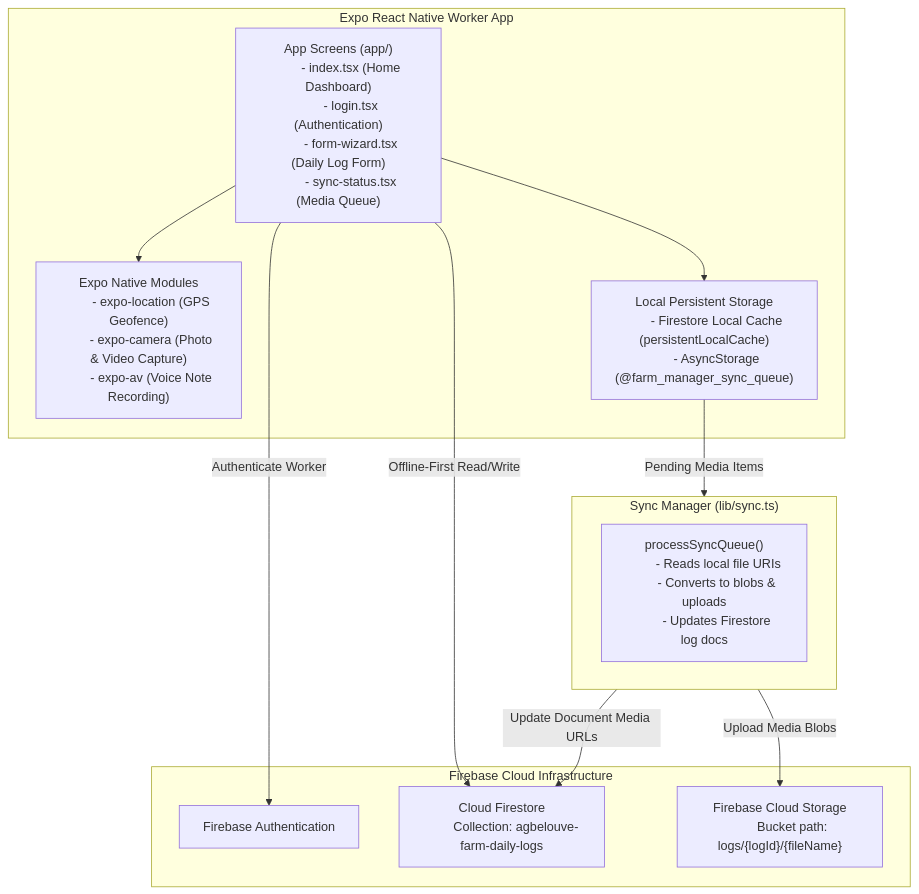
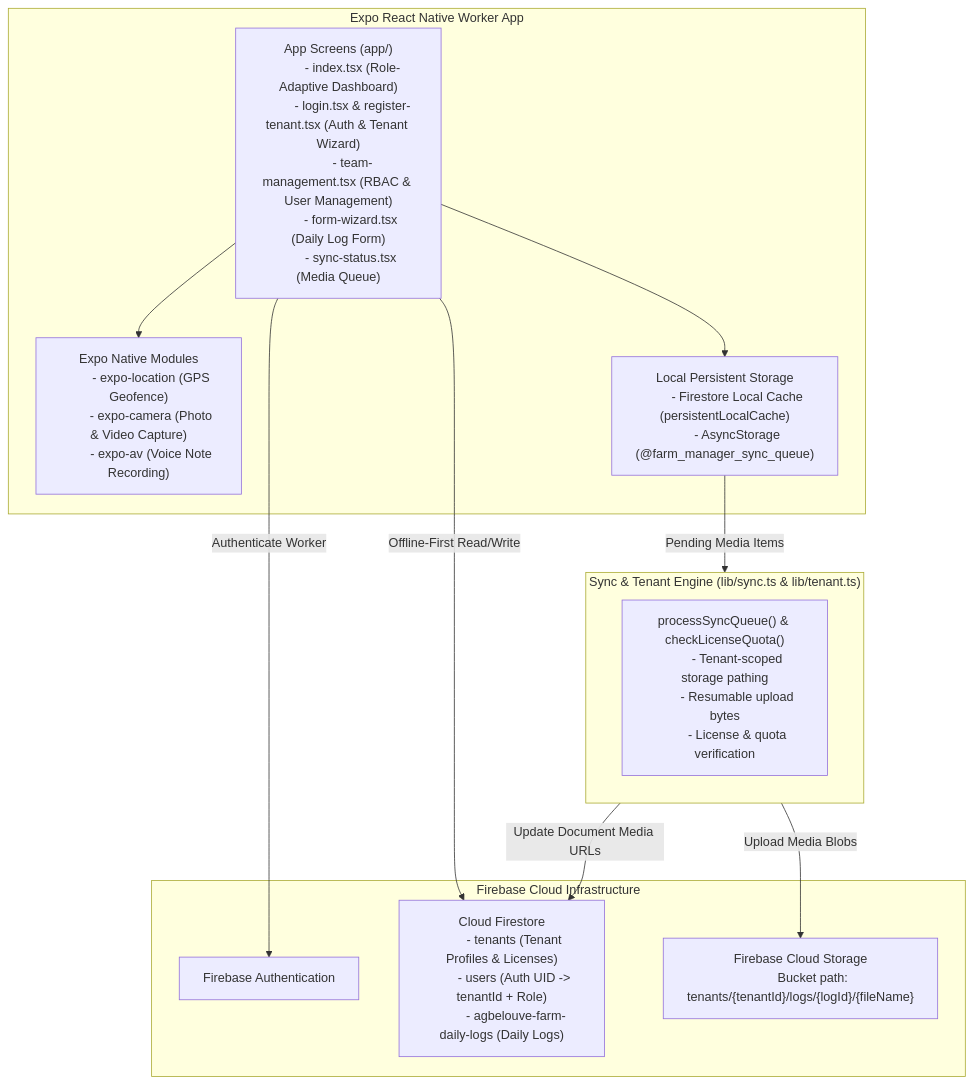
Before and after one commit to keo4041/farm-manager-worker-app: the diagram in README.md, drawn with Mermaid. The commit also changed other lines of this file and 13 other files, not shown here.

Commit message:
feat: implement multi-tenant architecture with Firestore/Storage security rules, user roles, and tenant onboarding flows.

````diff
--- a/README.md
+++ b/README.md
@@ -11,42 +11,45 @@
 ```mermaid
 flowchart TD
     subgraph MobileApp["Expo React Native Worker App"]
         UI["App Screens (app/)
-        - index.tsx (Home Dashboard)
-        - login.tsx (Authentication)
+        - index.tsx (Role-Adaptive Dashboard)
+        - login.tsx & register-tenant.tsx (Auth & Tenant Wizard)
+        - team-management.tsx (RBAC & User Management)
         - form-wizard.tsx (Daily Log Form)
         - sync-status.tsx (Media Queue)"]
         
         Sensors["Expo Native Modules
         - expo-location (GPS Geofence)
         - expo-camera (Photo & Video Capture)
         - expo-av (Voice Note Recording)"]
         
         LocalStorage["Local Persistent Storage
         - Firestore Local Cache (persistentLocalCache)
         - AsyncStorage (@farm_manager_sync_queue)"]
     end
 
-    subgraph SyncEngine["Sync Manager (lib/sync.ts)"]
-        QueueProcessor["processSyncQueue()
-        - Reads local file URIs
-        - Converts to blobs & uploads
-        - Updates Firestore log docs"]
+    subgraph SyncEngine["Sync & Tenant Engine (lib/sync.ts & lib/tenant.ts)"]
+        QueueProcessor["processSyncQueue() & checkLicenseQuota()
+        - Tenant-scoped storage pathing
+        - Resumable upload bytes
+        - License & quota verification"]
     end
 
     subgraph FirebaseCloud["Firebase Cloud Infrastructure"]
         Auth["Firebase Authentication"]
         Firestore["Cloud Firestore
-        Collection: agbelouve-farm-daily-logs"]
+        - tenants (Tenant Profiles & Licenses)
+        - users (Auth UID -> tenantId + Role)
+        - agbelouve-farm-daily-logs (Daily Logs)"]
         Storage["Firebase Cloud Storage
-        Bucket path: logs/{logId}/{fileName}"]
+        Bucket path: tenants/{tenantId}/logs/{logId}/{fileName}"]
     end
 
     UI --> Sensors
     UI --> LocalStorage
     LocalStorage -->|Pending Media Items| SyncEngine
     SyncEngine -->|Upload Media Blobs| Storage
     SyncEngine -->|Update Document Media URLs| Firestore
     UI -->|Authenticate Worker| Auth
     UI -->|Offline-First Read/Write| Firestore
 ```
````
